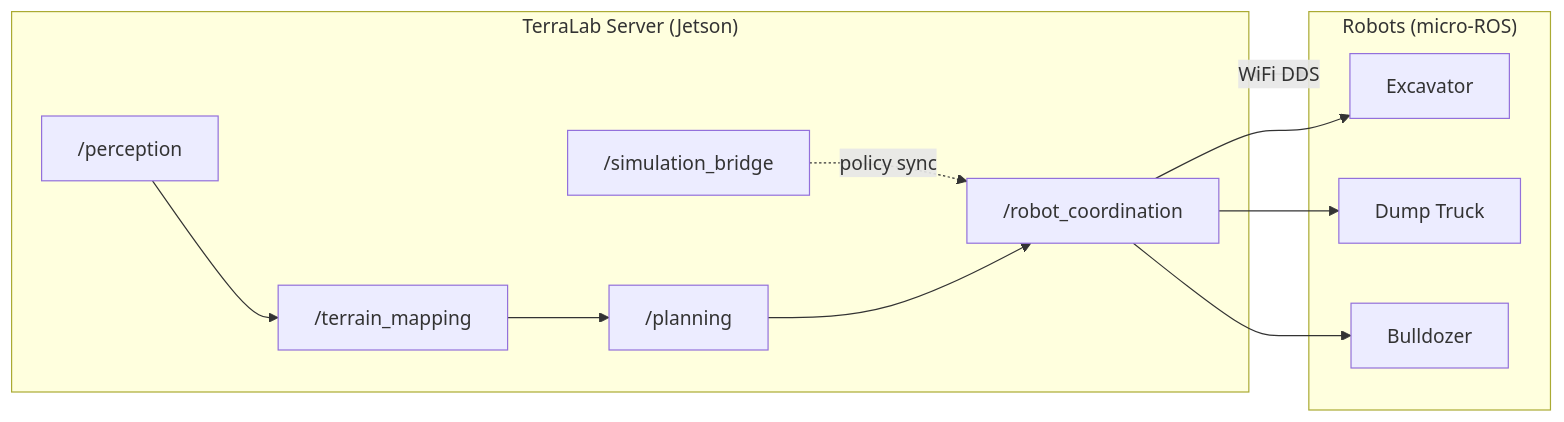
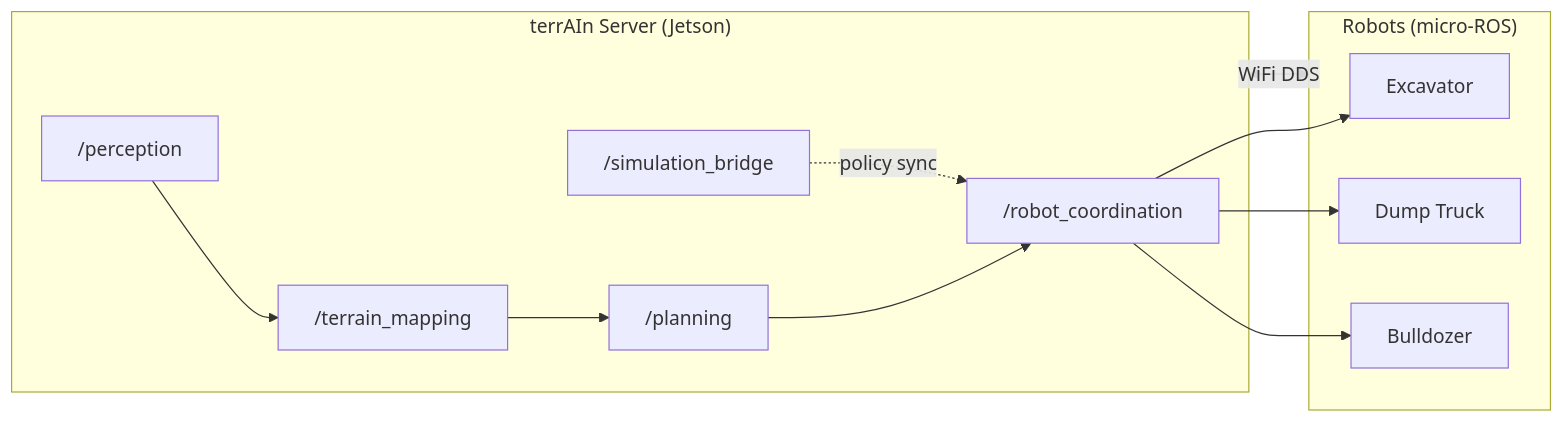
One commit to InquiryInstitute/automata changed the second of 5 diagrams in docs/architecture.md. Above: the diagram before and after it, drawn with Mermaid. The commit also changed other lines of this file and 11 other files, not shown here.

First line of the commit message:
Rename project to terrAIn: subdomain terrain.inquiry.institute, repo terrain

````diff
--- a/docs/architecture.md
+++ b/docs/architecture.md
@@ -62,26 +62,26 @@
 ```mermaid
 flowchart LR
-    subgraph TerraLab_Server["TerraLab Server (Jetson)"]
+    subgraph terrAIn_Server["terrAIn Server (Jetson)"]
         Perception["/perception"]
         Terrain["/terrain_mapping"]
         Planning["/planning"]
         Coord["/robot_coordination"]
         SimBridge["/simulation_bridge"]
     end
 
     subgraph Robots["Robots (micro-ROS)"]
         R1["Excavator"]
         R2["Dump Truck"]
         R3["Bulldozer"]
     end
 
     Perception --> Terrain
     Terrain --> Planning
     Planning --> Coord
     Coord --> R1
     Coord --> R2
     Coord --> R3
     SimBridge -.->|"policy sync"| Coord
 
-    TerraLab_Server <-->|"WiFi DDS"| Robots
+    terrAIn_Server <-->|"WiFi DDS"| Robots
 ```
````
